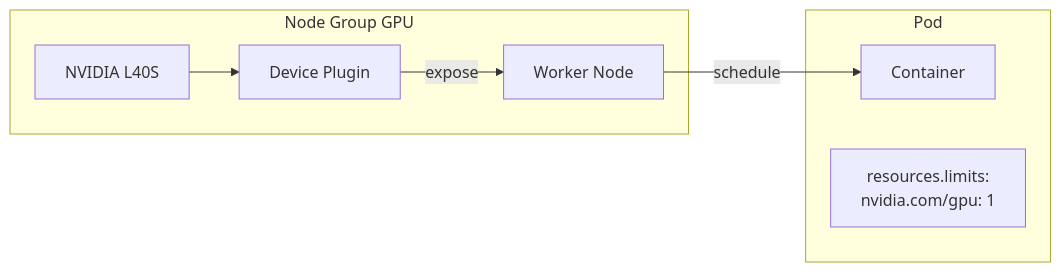
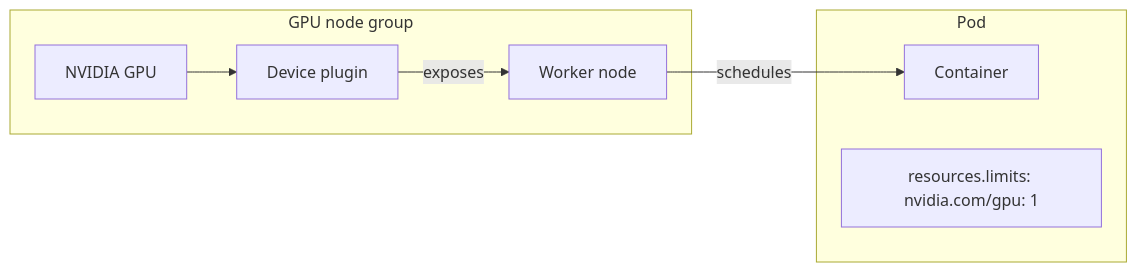
Before and after one commit to HidoraSwiss/hikube-public-doc: the second of 2 diagrams in i18n/en/docusaurus-plugin-content-docs/current/services/gpu/concepts.md, drawn with Mermaid. The commit also changed other lines of this file and 148 other files, not shown here.

````diff
--- a/i18n/en/docusaurus-plugin-content-docs/current/services/gpu/concepts.md
+++ b/i18n/en/docusaurus-plugin-content-docs/current/services/gpu/concepts.md
@@ -102,17 +91,17 @@
 ```mermaid
 graph LR
-    subgraph "Node Group GPU"
-        N1[Worker Node]
-        GPU[NVIDIA L40S]
-        DP[Device Plugin]
+    subgraph "GPU node group"
+        N1[Worker node]
+        GPU[NVIDIA GPU]
+        DP[Device plugin]
     end
 
     subgraph "Pod"
         C[Container]
-        RL[resources.limits:<br/>nvidia.com/gpu: 1]
+        RL["resources.limits: nvidia.com/gpu: 1"]
     end
 
     GPU --> DP
-    DP -->|expose| N1
-    N1 -->|schedule| C
+    DP -->|exposes| N1
+    N1 -->|schedules| C
 ```
````
